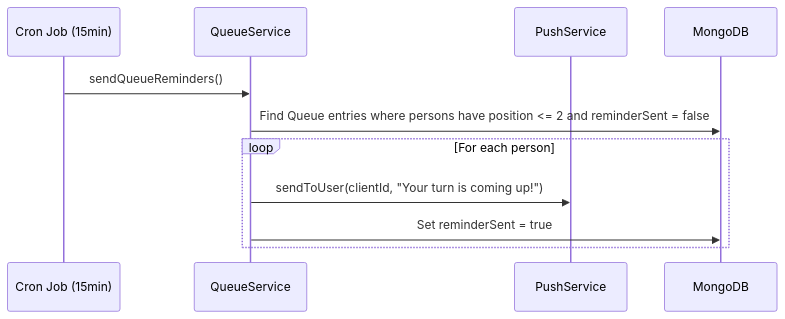
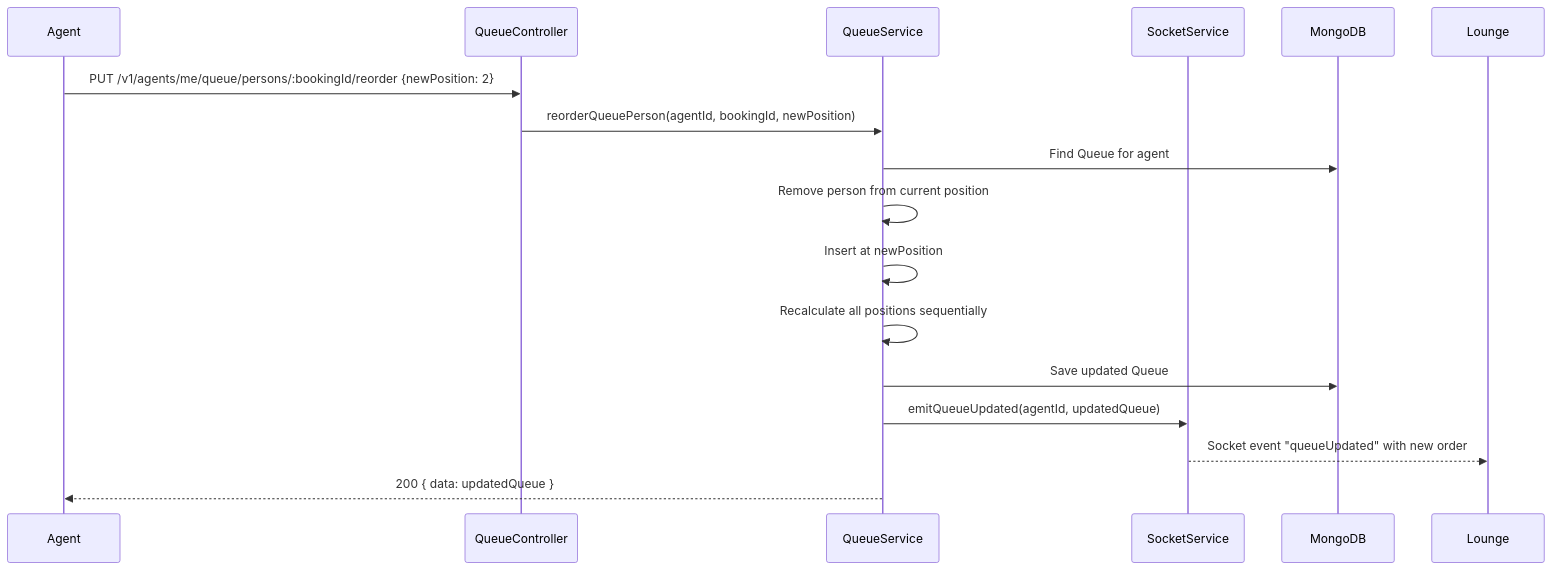
One commit to Frame-Ecosystem/Frame-Backend changed the seventh of 7 diagrams in src/systems/BookingSystem/README.md. Above: the diagram before and after it, drawn with Mermaid. The commit also changed other lines of this file and 57 other files, not shown here.

````diff
--- a/src/systems/BookingSystem/README.md
+++ b/src/systems/BookingSystem/README.md
@@ -366,14 +368,19 @@
 ```mermaid
 sequenceDiagram
-    participant Cron as Cron Job (15min)
+    participant A as Agent
+    participant API as QueueController
     participant QS as QueueService
-    participant PS as PushService
+    participant SS as SocketService
     participant DB as MongoDB
 
-    Cron->>QS: sendQueueReminders()
-    QS->>DB: Find Queue entries where persons have position <= 2 and reminderSent = false
-    loop For each person
-        QS->>PS: sendToUser(clientId, "Your turn is coming up!")
-        QS->>DB: Set reminderSent = true
-    end
+    A->>API: PUT /v1/agents/me/queue/persons/:bookingId/reorder {newPosition: 2}
+    API->>QS: reorderQueuePerson(agentId, bookingId, newPosition)
+    QS->>DB: Find Queue for agent
+    QS->>QS: Remove person from current position
+    QS->>QS: Insert at newPosition
+    QS->>QS: Recalculate all positions sequentially
+    QS->>DB: Save updated Queue
+    QS->>SS: emitQueueUpdated(agentId, updatedQueue)
+    SS-->>Lounge: Socket event "queueUpdated" with new order
+    QS-->>A: 200 { data: updatedQueue }
 ```
````
